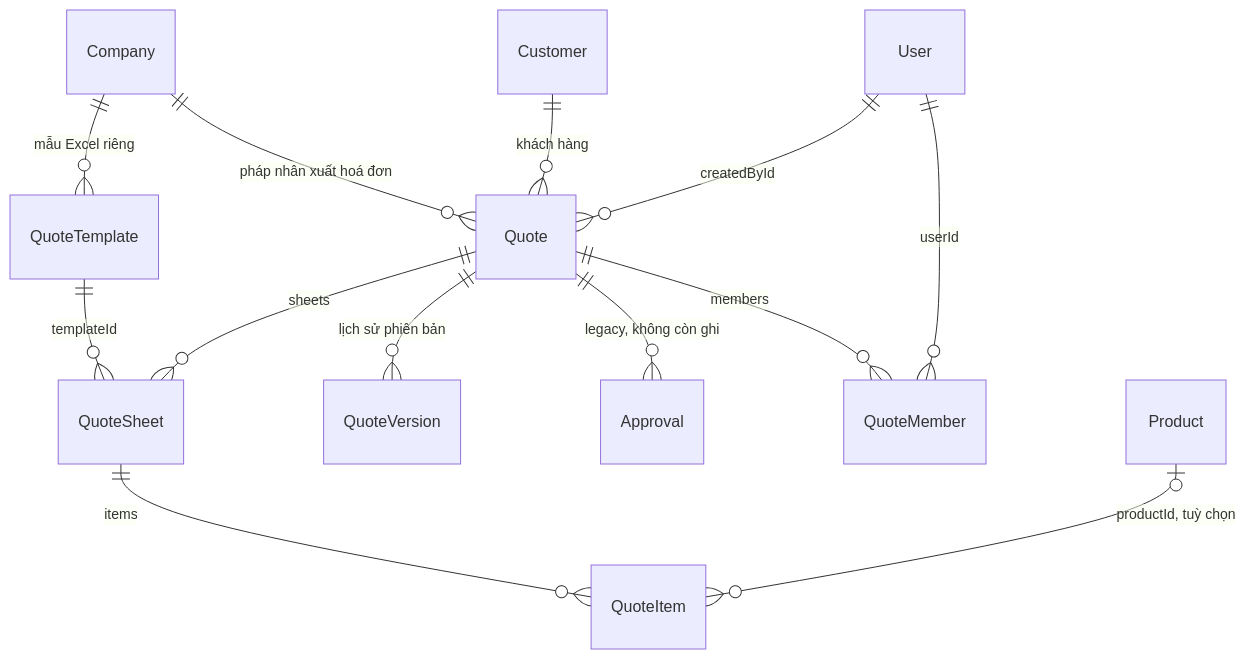
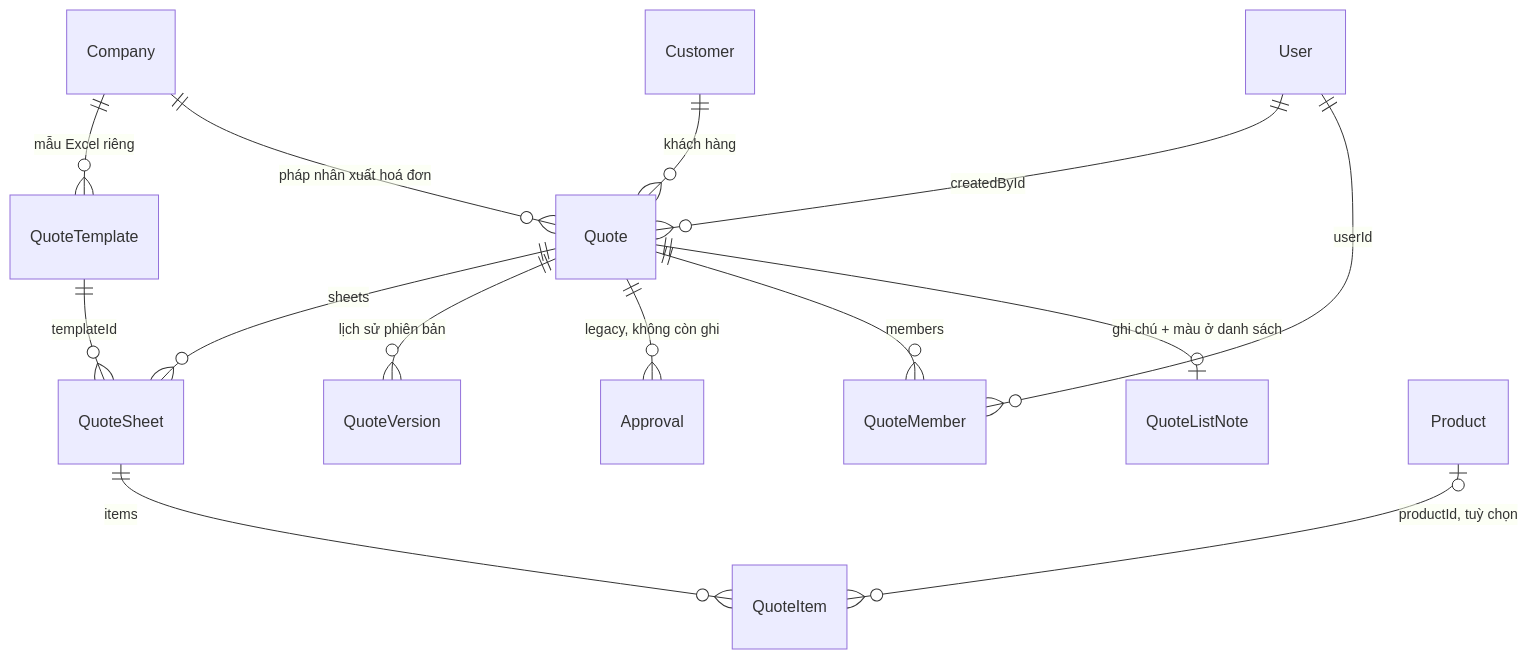
The first of 4 diagrams in docs/architecture/diagrams/data-model.md (ndh0408/quanly-baogia), drawn with Mermaid before and after one commit. The commit also changed other lines of this file and 65 other files, not shown here.

````diff
--- a/docs/architecture/diagrams/data-model.md
+++ b/docs/architecture/diagrams/data-model.md
@@ -10,15 +10,16 @@
 ```mermaid
 erDiagram
     Company ||--o{ QuoteTemplate : "mẫu Excel riêng"
     Company ||--o{ Quote : "pháp nhân xuất hoá đơn"
     Customer ||--o{ Quote : "khách hàng"
     User ||--o{ Quote : "createdById"
     Quote ||--o{ QuoteSheet : "sheets"
     Quote ||--o{ QuoteVersion : "lịch sử phiên bản"
     Quote ||--o{ Approval : "legacy, không còn ghi"
     Quote ||--o{ QuoteMember : "members"
+    Quote ||--o| QuoteListNote : "ghi chú + màu ở danh sách"
     User ||--o{ QuoteMember : "userId"
     QuoteTemplate ||--o{ QuoteSheet : "templateId"
     QuoteSheet ||--o{ QuoteItem : "items"
     Product |o--o{ QuoteItem : "productId, tuỳ chọn"
 ```
````
